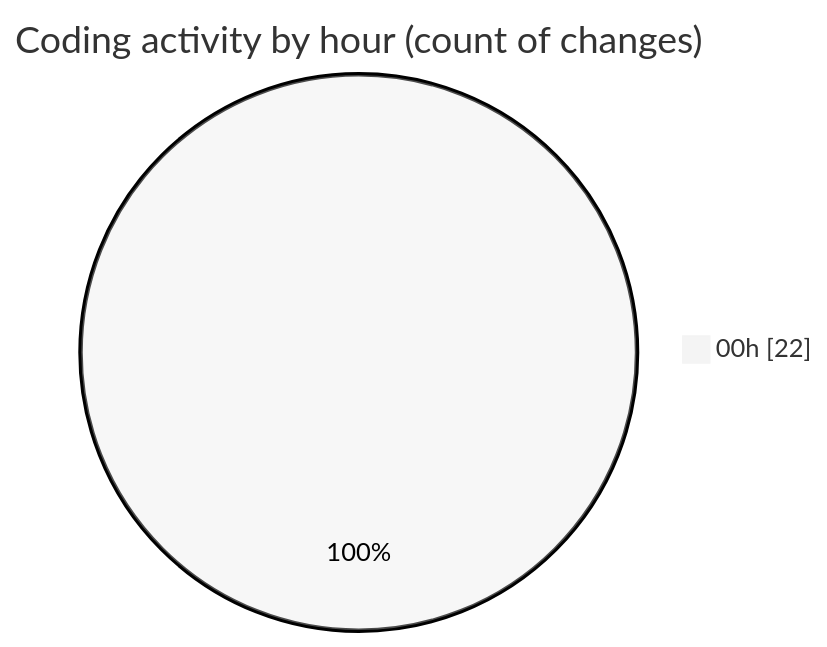
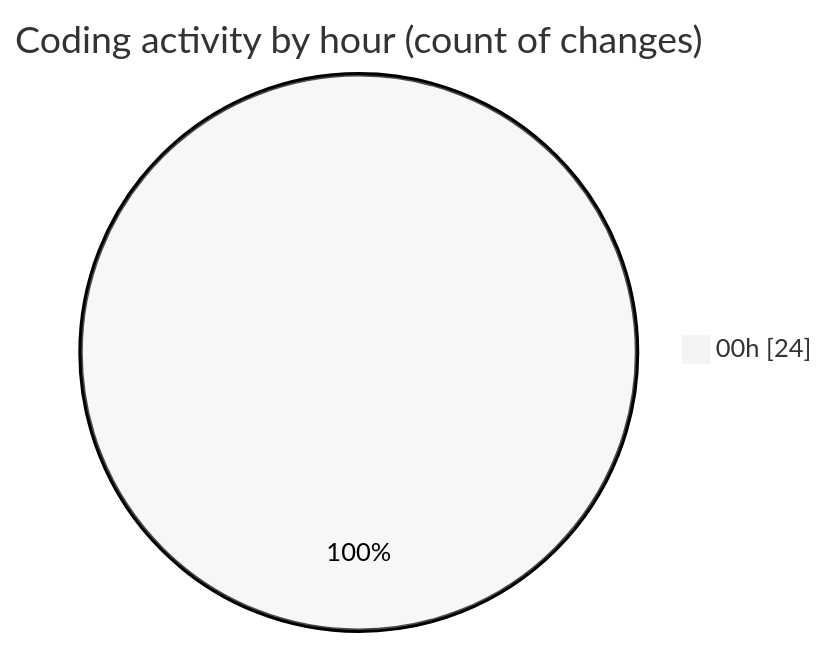
One commit to EIIisD/code-tracking changed the second of 2 diagrams in 2025-07-18/ribbon/README.md. Above: the diagram before and after it, drawn with Mermaid (neutral theme). The commit also changed other lines of this file and 1 other file, not shown here.

````diff
--- a/2025-07-18/ribbon/README.md
+++ b/2025-07-18/ribbon/README.md
@@ -32,5 +32,5 @@
 ```mermaid
 pie showData
 title Coding activity by hour (count of changes)
-"00h" : 22
+"00h" : 24
 ```
````
